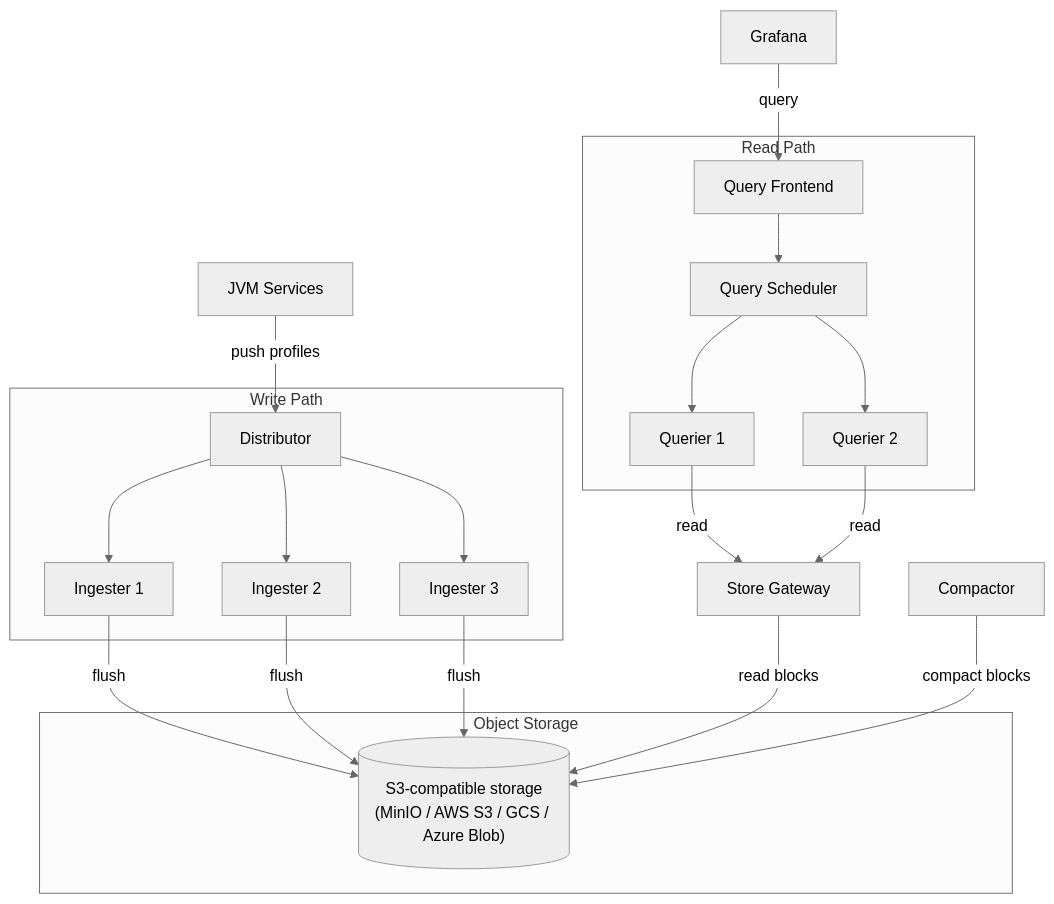
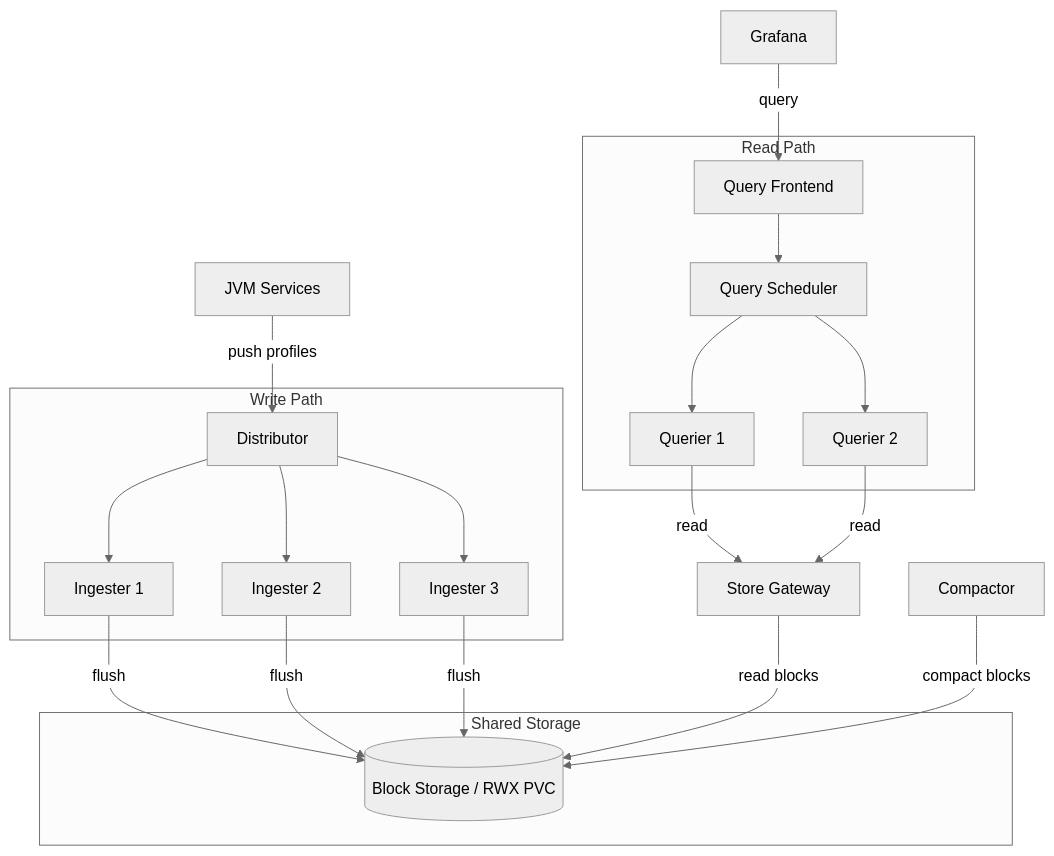
Diagram 12 of 15 in docs/deployment-guide.md (aff0gat000/pyroscope), drawn with Mermaid (neutral theme) before and after one commit. The commit also changed other lines of this file and 32 other files, not shown here.

````diff
--- a/docs/deployment-guide.md
+++ b/docs/deployment-guide.md
@@ -1443,32 +1447,32 @@
 ```mermaid
 graph TB
     SDK[JVM Services] -->|push profiles| DIST[Distributor]
     G[Grafana] -->|query| QF[Query Frontend]
 
     subgraph Write Path
         DIST --> ING1[Ingester 1]
         DIST --> ING2[Ingester 2]
         DIST --> ING3[Ingester 3]
     end
 
     subgraph Read Path
         QF --> QS[Query Scheduler]
         QS --> Q1[Querier 1]
         QS --> Q2[Querier 2]
     end
 
     SG[Store Gateway]
     C[Compactor]
 
-    subgraph Object Storage
-        S3[("S3-compatible storage<br/>(MinIO / AWS S3 / GCS / Azure Blob)")]
+    subgraph Shared Storage
+        BS[("Block Storage / RWX PVC")]
     end
 
-    ING1 -->|flush| S3
-    ING2 -->|flush| S3
-    ING3 -->|flush| S3
+    ING1 -->|flush| BS
+    ING2 -->|flush| BS
+    ING3 -->|flush| BS
     Q1 -->|read| SG
     Q2 -->|read| SG
-    SG -->|read blocks| S3
-    C -->|compact blocks| S3
+    SG -->|read blocks| BS
+    C -->|compact blocks| BS
 ```
````
